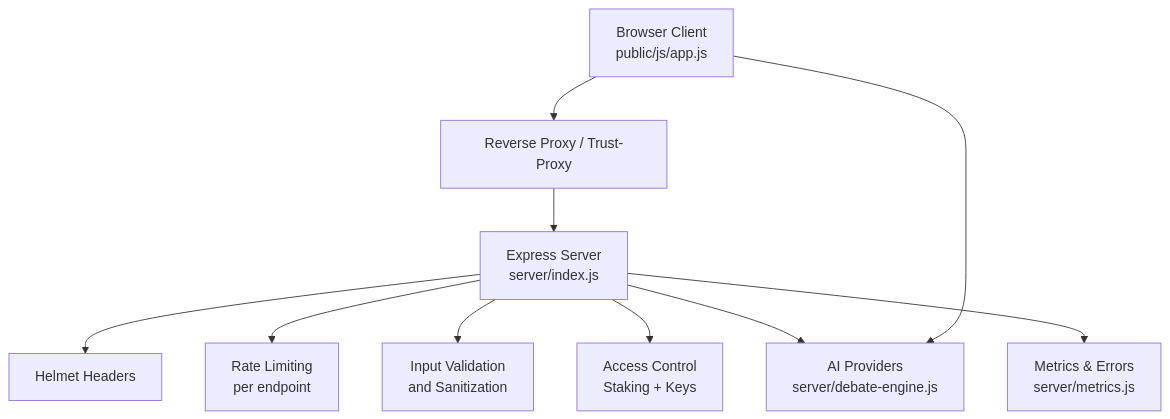
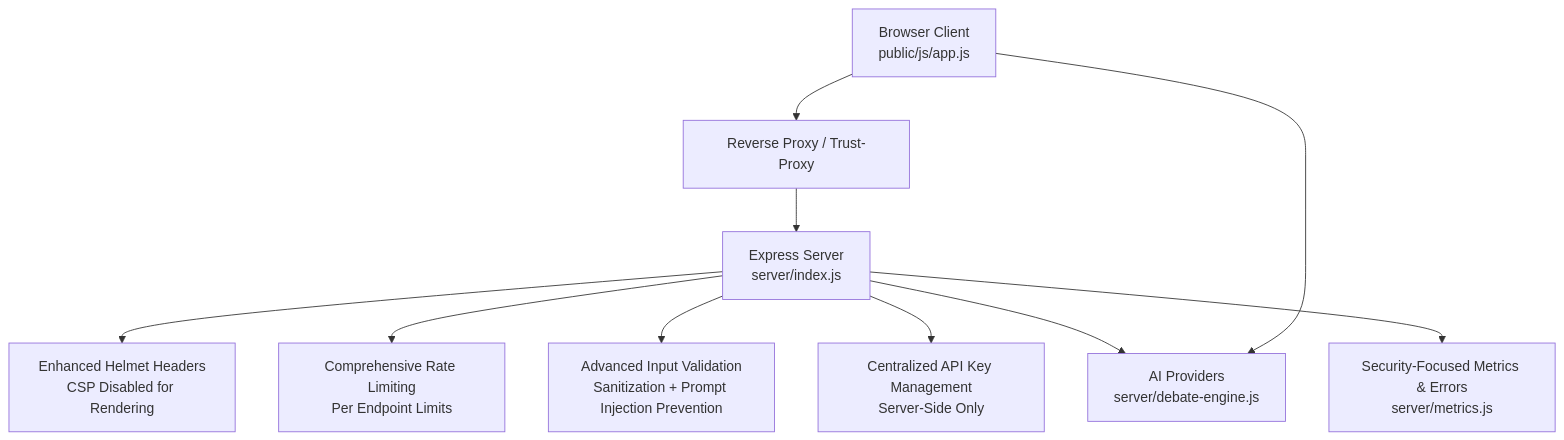
The second of 8 diagrams in .qoder/repowiki/en/content/System Architecture/Security Architecture.md (RunTimeAdmin/tri-ai), drawn with Mermaid before and after one commit. The commit also changed other lines of this file and 21 other files, not shown here.

````diff
--- a/.qoder/repowiki/en/content/System Architecture/Security Architecture.md
+++ b/.qoder/repowiki/en/content/System Architecture/Security Architecture.md
@@ -98,12 +118,12 @@
 ```mermaid
 graph TB
 Client["Browser Client<br/>public/js/app.js"] --> Proxy["Reverse Proxy / Trust-Proxy"]
 Proxy --> Express["Express Server<br/>server/index.js"]
-Express --> Helmet["Helmet Headers"]
-Express --> RL["Rate Limiting<br/>per endpoint"]
-Express --> Validation["Input Validation<br/>and Sanitization"]
-Express --> Access["Access Control<br/>Staking + Keys"]
+Express --> Helmet["Enhanced Helmet Headers<br/>CSP Disabled for Rendering"]
+Express --> RL["Comprehensive Rate Limiting<br/>Per Endpoint Limits"]
+Express --> Validation["Advanced Input Validation<br/>Sanitization + Prompt Injection Prevention"]
+Express --> Access["Centralized API Key Management<br/>Server-Side Only"]
 Express --> Providers["AI Providers<br/>server/debate-engine.js"]
-Express --> Metrics["Metrics & Errors<br/>server/metrics.js"]
+Express --> Metrics["Security-Focused Metrics & Errors<br/>server/metrics.js"]
 Client --> Providers
 ```
````
